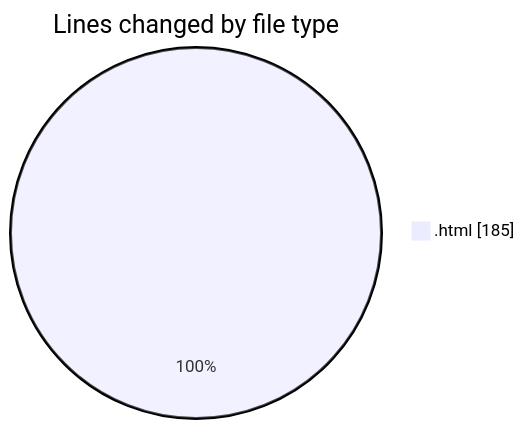
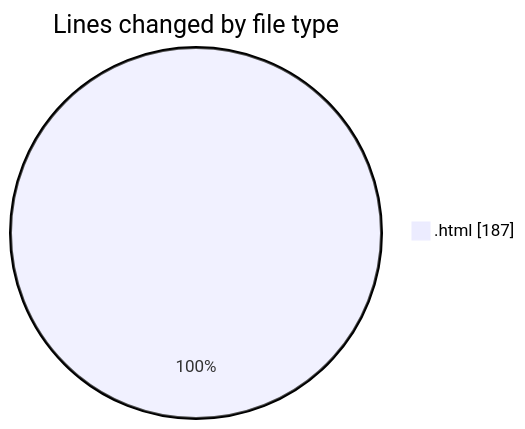
Before and after one commit to LanceThiago/code-tracking: the first of 2 diagrams in 2025-01-07/nueva_carpeta/README.md, drawn with Mermaid. The commit also changed other lines of this file and 1 other file, not shown here.

````diff
--- a/2025-01-07/nueva_carpeta/README.md
+++ b/2025-01-07/nueva_carpeta/README.md
@@ -20,5 +20,5 @@
 ```mermaid
 pie showData
 title Lines changed by file type
-".html" : 185
+".html" : 187
 ```
````
